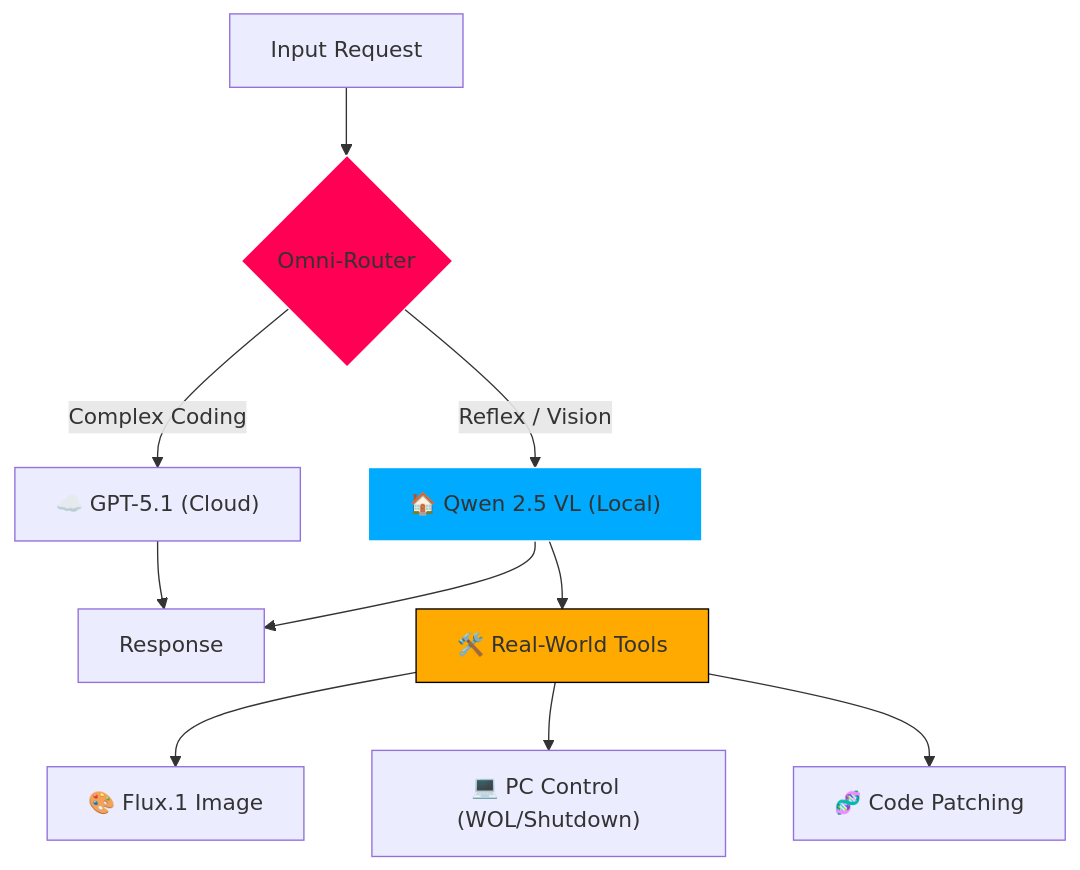
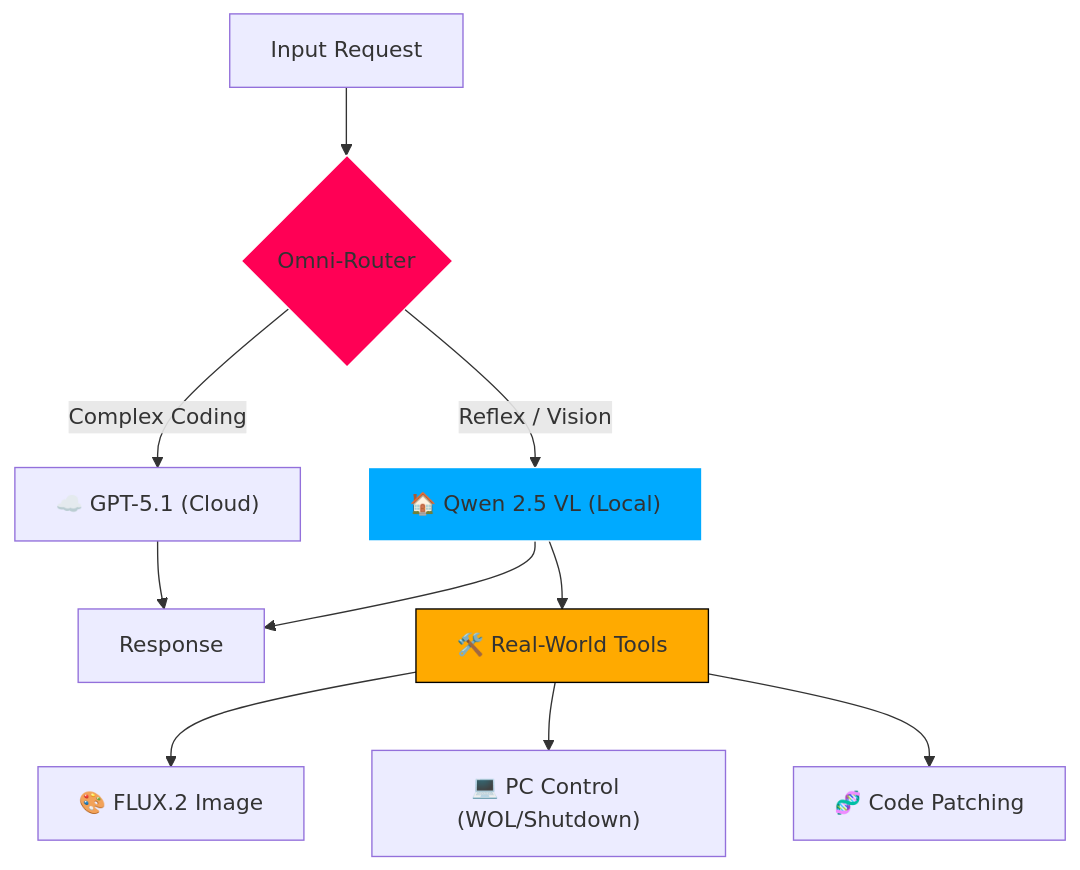
Before and after one commit to YoneRai12/YonerAI: the second of 2 diagrams in README.md, drawn with Mermaid. The commit also changed other lines of this file, not shown here.

Commit message:
docs: Fix contradictions - Unify model specs to FLUX.2 and Qwen 2.5 based on source code

````diff
--- a/README.md
+++ b/README.md
@@ -95,19 +95,19 @@
 ```mermaid
 graph TD
     Input[Input Request] --> Router{Omni-Router}
     
     Router -->|Reflex / Vision| Qwen["🏠 Qwen 2.5 VL (Local)"]
     Router -->|Complex Coding| Cloud["☁️ GPT-5.1 (Cloud)"]
     
     Qwen --> Response
     Cloud --> Response
     
     Qwen --> Tools["🛠️ Real-World Tools"]
-    Tools --> Image["🎨 Flux.1 Image"]
+    Tools --> Image["🎨 FLUX.2 Image"]
     Tools --> System["💻 PC Control (WOL/Shutdown)"]
     Tools --> Healer["🧬 Code Patching"]
     
     style Router fill:#ff0055,stroke:#fff
     style Qwen fill:#00aaff,stroke:#fff
     style Tools fill:#ffaa00,stroke:#000
 ```
````
